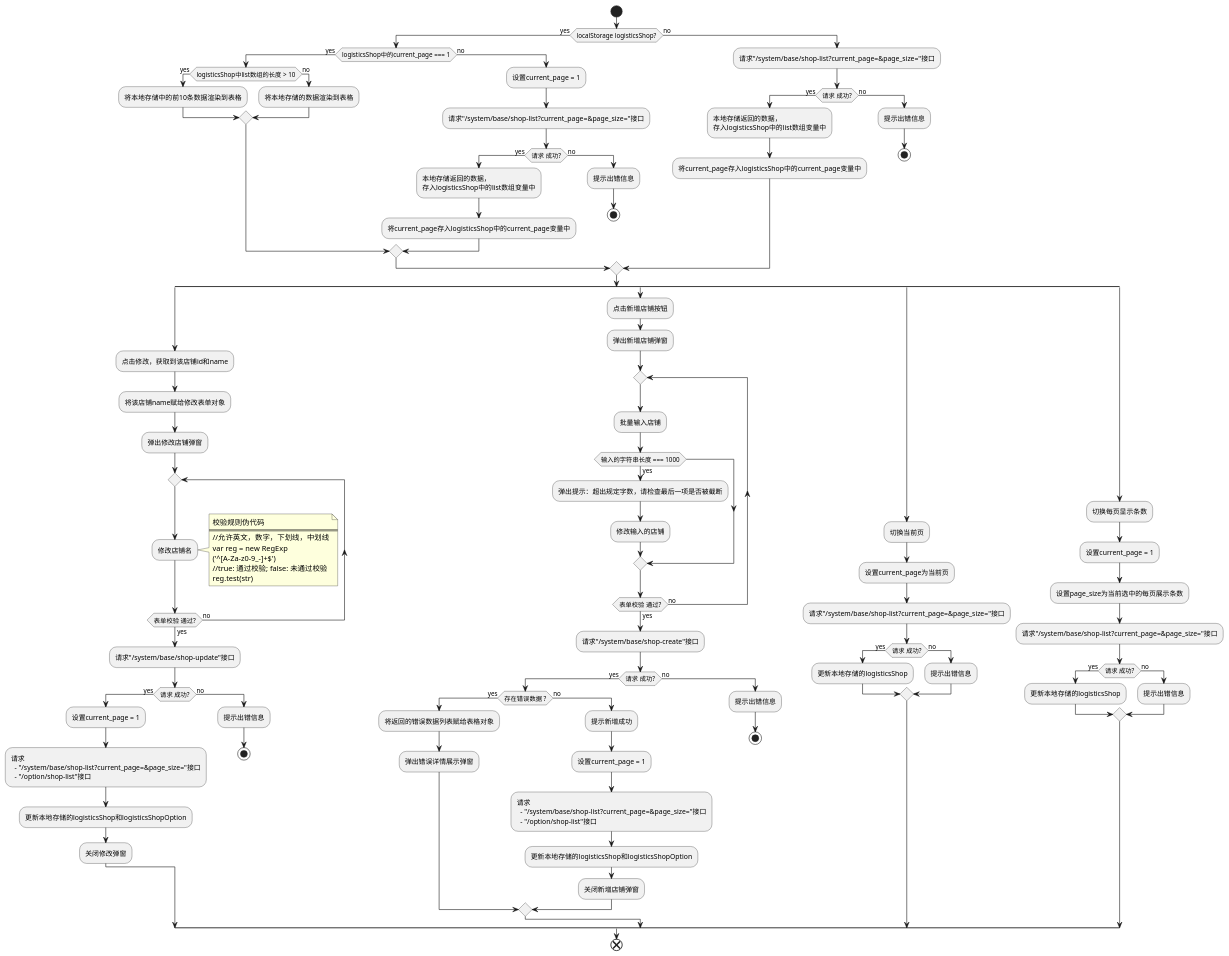
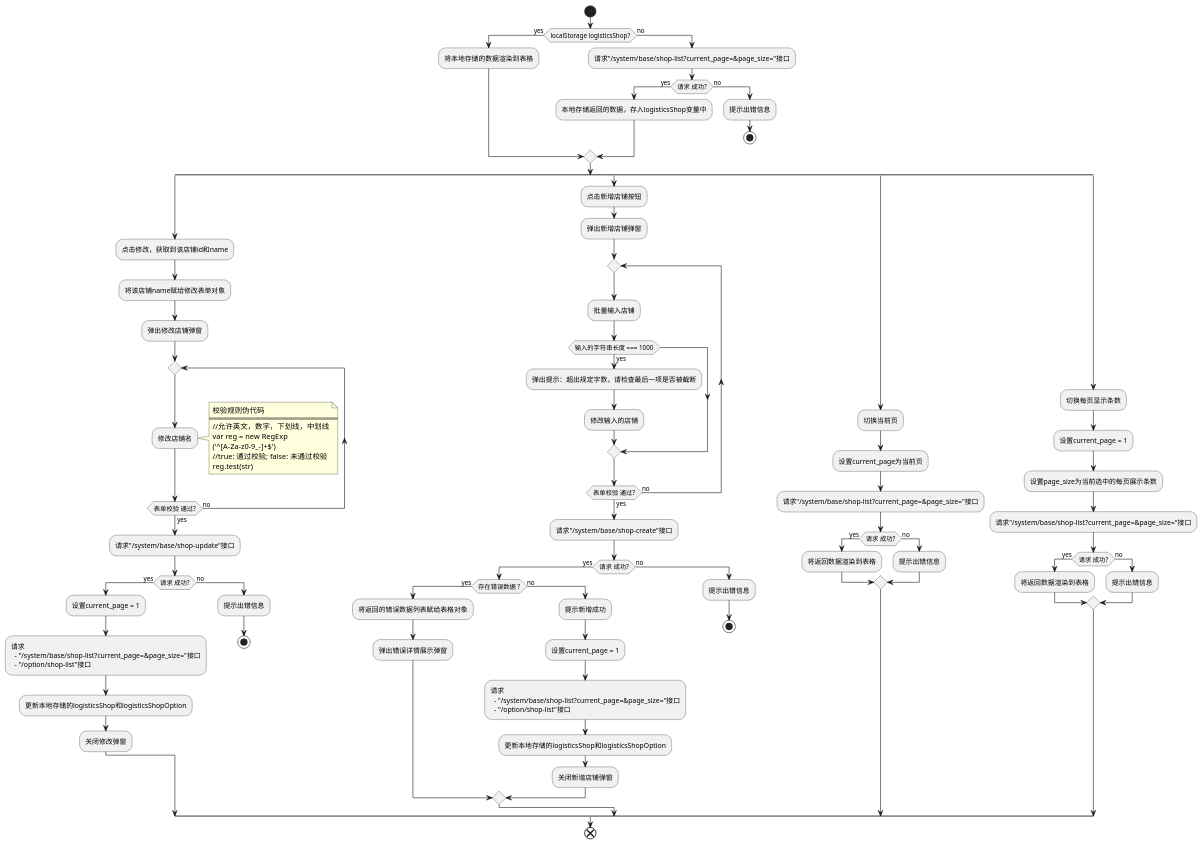
One commit to futurekidult/lis changed the diagram in docs/development-flow-diagram.puml/system/get-shop-list.puml. Above: the diagram before and after it, drawn with PlantUML. The commit also changed 2 other files, not shown here.

Commit message:
refactor: update system puml

```diff
--- a/docs/development-flow-diagram.puml/system/get-shop-list.puml
+++ b/docs/development-flow-diagram.puml/system/get-shop-list.puml
@@ -1,112 +1,93 @@
 @startuml
 
 start
 if(localStorage logisticsShop?) then (yes)
-  if(logisticsShop中的current_page === 1) then (yes)
-    if(logisticsShop中list数组的长度 > 10) then (yes)
-      :将本地存储中的前10条数据渲染到表格;
-    else (no)
-      :将本地存储的数据渲染到表格;
-    endif
-  else (no)
-    :设置current_page = 1;
-    :请求"/system/base/shop-list?current_page=&page_size="接口;
-    if(请求 成功?) then (yes)
-      :本地存储返回的数据，
-      存入logisticsShop中的list数组变量中;
-      :将current_page存入logisticsShop中的current_page变量中;
-    else (no)
-      :提示出错信息;
-      stop
-    endif
-  endif
+  :将本地存储的数据渲染到表格;
 else (no)
   :请求"/system/base/shop-list?current_page=&page_size="接口;
   if(请求 成功?) then (yes)
-     :本地存储返回的数据，
-    存入logisticsShop中的list数组变量中;
-    :将current_page存入logisticsShop中的current_page变量中;
+    :本地存储返回的数据，存入logisticsShop变量中;
   else (no)
     :提示出错信息;
     stop
   endif
 endif
 split
   :点击修改，获取到该店铺id和name;
   :将该店铺name赋给修改表单对象;
   :弹出修改店铺弹窗;
   repeat
     :修改店铺名;
   repeat while(表单校验 通过?) is (no) not (yes)
   note right 
     校验规则伪代码
     ====
     //允许英文，数字，下划线，中划线
     var reg = new RegExp
     ('^[A-Za-z0-9_-]+$')  
     //true: 通过校验; false: 未通过校验
     reg.test(str)  
   end note
   :请求"/system/base/shop-update"接口;
   if(请求 成功?) then (yes)
     :设置current_page = 1;
     :请求
       - "/system/base/shop-list?current_page=&page_size="接口
       - "/option/shop-list"接口;
     :更新本地存储的logisticsShop和logisticsShopOption;
     :关闭修改弹窗;
   else (no)
     :提示出错信息;
     stop
   endif 
 split again
   :点击新增店铺按钮;
   :弹出新增店铺弹窗;
   repeat
     :批量输入店铺;
     if(输入的字符串长度 === 1000) then (yes)
       :弹出提示：超出规定字数，请检查最后一项是否被截断;
       :修改输入的店铺;
     endif
   repeat while(表单校验 通过?) is (no) not (yes)
   :请求"/system/base/shop-create"接口;
   if(请求 成功?) then (yes)
     if(存在错误数据 ?) then (yes)
       :将返回的错误数据列表赋给表格对象;
       :弹出错误详情展示弹窗;
     else (no)
       :提示新增成功;
       :设置current_page = 1;
       :请求
         - "/system/base/shop-list?current_page=&page_size="接口
         - "/option/shop-list"接口;
       :更新本地存储的logisticsShop和logisticsShopOption;
       :关闭新增店铺弹窗;
     endif
   else (no)
     :提示出错信息;
     stop
   endif
 split again
   :切换当前页;
   :设置current_page为当前页;
   :请求"/system/base/shop-list?current_page=&page_size="接口;
   if(请求 成功?) then (yes)
-    :更新本地存储的logisticsShop;
+    :将返回数据渲染到表格;
   else (no)
     :提示出错信息;
   endif
 split again 
   :切换每页显示条数;
   :设置current_page = 1;
   :设置page_size为当前选中的每页展示条数;
   :请求"/system/base/shop-list?current_page=&page_size="接口;
   if(请求 成功?) then (yes)
-    :更新本地存储的logisticsShop;
+    :将返回数据渲染到表格;
   else (no)
     :提示出错信息;
   endif
 end split
 end
 
 @enduml
```
